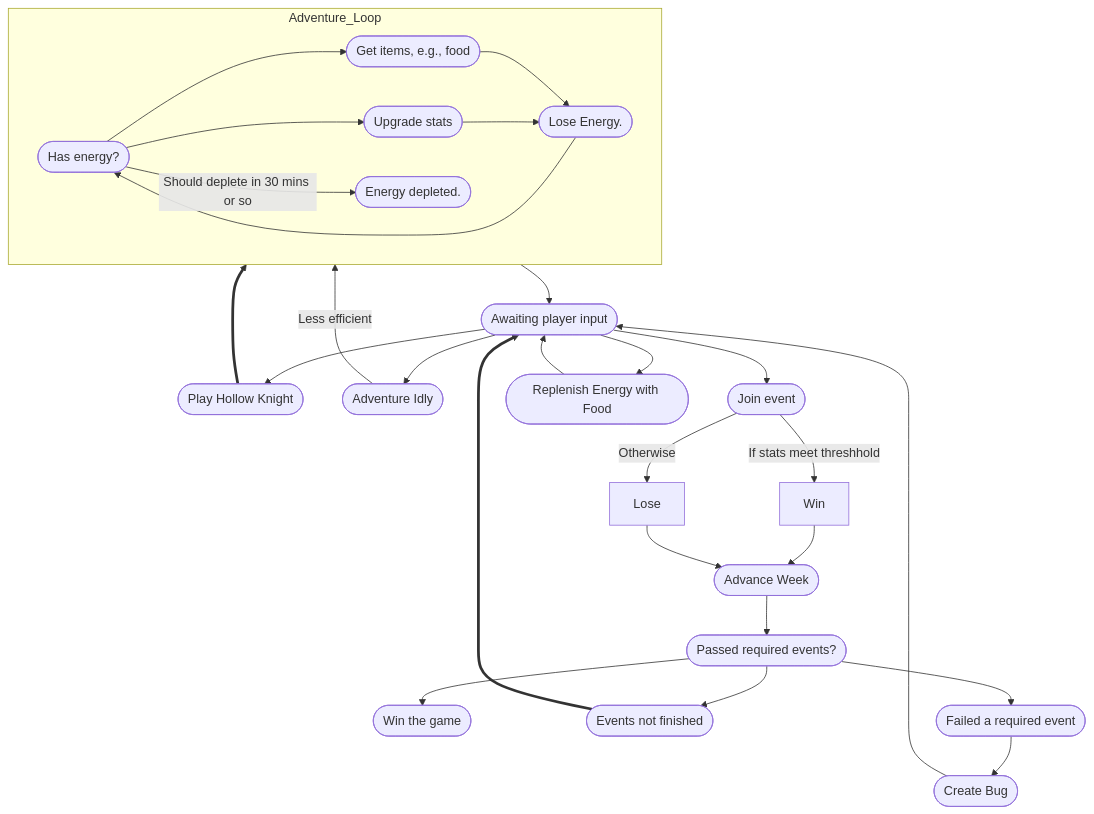
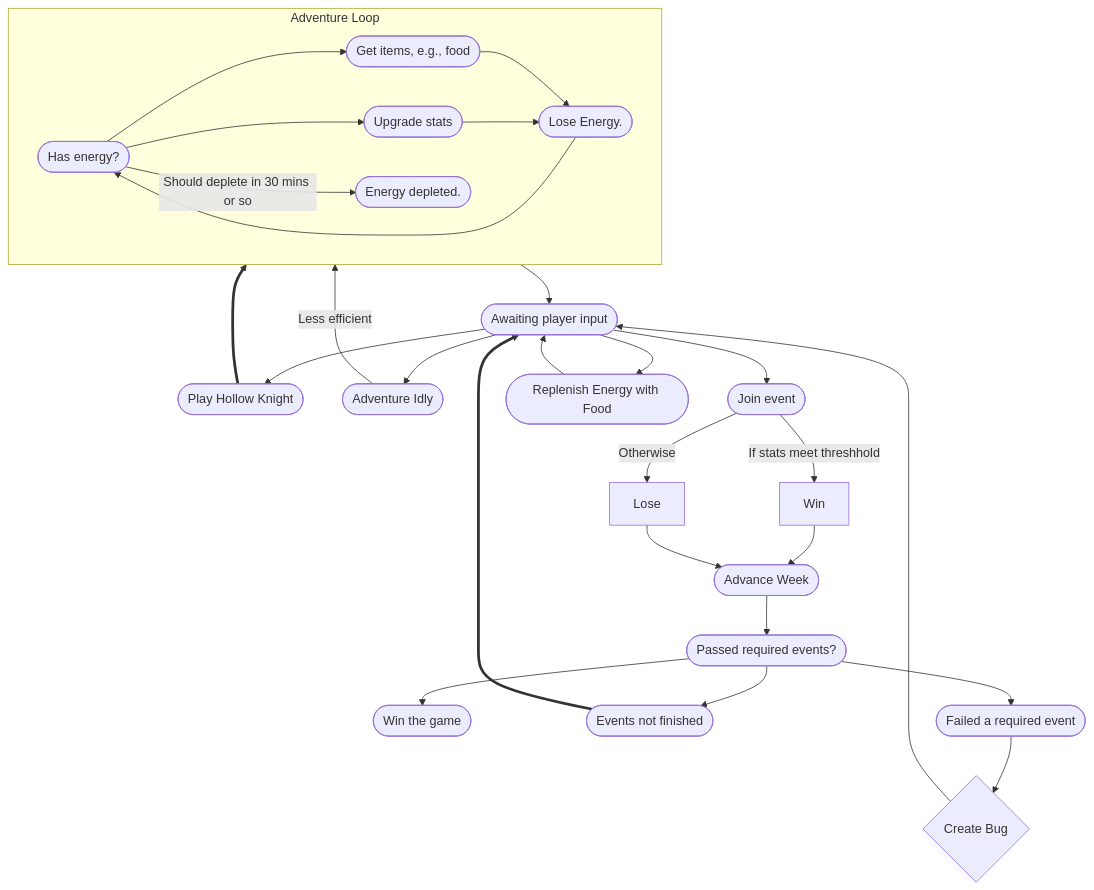
One commit to ambiguousname/secret-santa-2025 changed the diagram in DESIGN.md. Above: the diagram before and after it, drawn with Mermaid.

Commit message:
Further tweaks to design graph

````diff
--- a/DESIGN.md
+++ b/DESIGN.md
@@ -3,42 +3,42 @@
 ```mermaid
-graph TD
+graph
 
-CREATE(["Create Bug"]) --> INPUT
+CREATE(["Create Bug"])@{ shape: diamond } --> INPUT
 
 INPUT(["Awaiting player input"]) --> PLAY
 INPUT --> IDLE
 INPUT --> EVENT
 
-subgraph Adventure_Loop
+subgraph Adventure_Loop [Adventure Loop]
 	ENERGY(["Has energy?"])
 	ENERGY --> ITEMS(["Get items, e.g., food"])
 	ENERGY --> SKILL(["Upgrade stats"])
 	ENERGY -->|Should deplete in 30 mins or so| NO_ENERGY(["Energy depleted."])
 
 	ITEMS --> LOSE_ENERGY(["Lose Energy."])
 	SKILL --> LOSE_ENERGY
 	LOSE_ENERGY --> ENERGY
 end
 
 Adventure_Loop --> INPUT
 
 IDLE(["Adventure Idly"]) -->|Less efficient| Adventure_Loop
 PLAY(["Play Hollow Knight"]) ==> Adventure_Loop
 
 EVENT(["Join event"]) -->|If stats meet threshhold| Win
 EVENT -->|Otherwise| Lose
 
 Win --> ADVANCE(["Advance Week"])
 Lose --> ADVANCE
 
 INPUT --> FEED(["Replenish Energy with Food"])
 FEED --> INPUT
 
 
 ADVANCE --> WEEK(["Passed required events?"])
 WEEK --> SUCCESS(["Win the game"])
 WEEK --> UNFINISHED(["Events not finished"]) ==> INPUT
 
 WEEK --> FAILED(["Failed a required event"])
 FAILED --> CREATE
 ```
````
